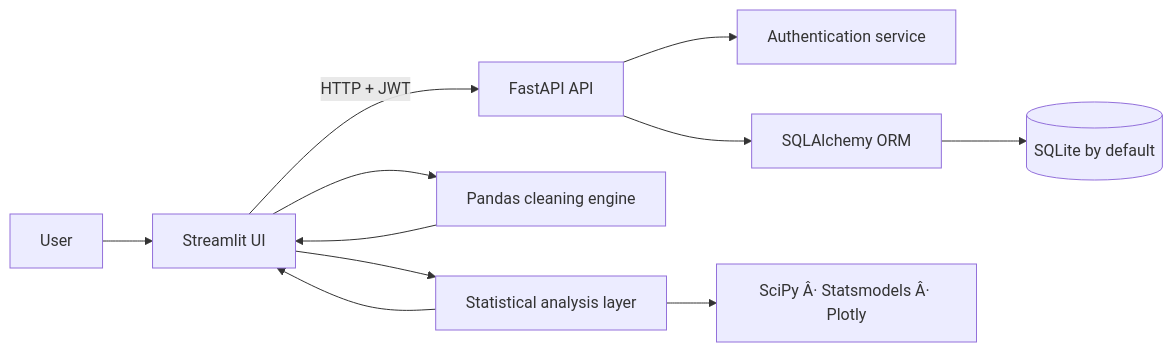
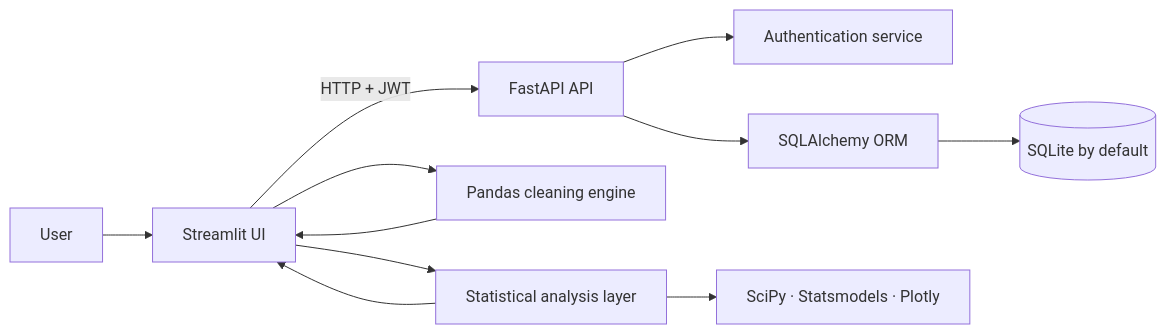
One commit to emanellari/CESA changed the diagram in README.md. Above: the diagram before and after it, drawn with Mermaid. The commit also changed other lines of this file, not shown here.

````diff
--- a/README.md
+++ b/README.md
@@ -365,13 +370,13 @@
 ```mermaid
 flowchart LR
     U[User] --> UI[Streamlit UI]
     UI -->|HTTP + JWT| API[FastAPI API]
     UI --> CLEAN[Pandas cleaning engine]
     UI --> ANALYSIS[Statistical analysis layer]
     CLEAN --> UI
     ANALYSIS --> UI
     API --> AUTH[Authentication service]
     API --> ORM[SQLAlchemy ORM]
     ORM --> DB[(SQLite by default)]
-    ANALYSIS --> LIBS[SciPy Â· Statsmodels Â· Plotly]
+    ANALYSIS --> LIBS[SciPy · Statsmodels · Plotly]
 ```
````
